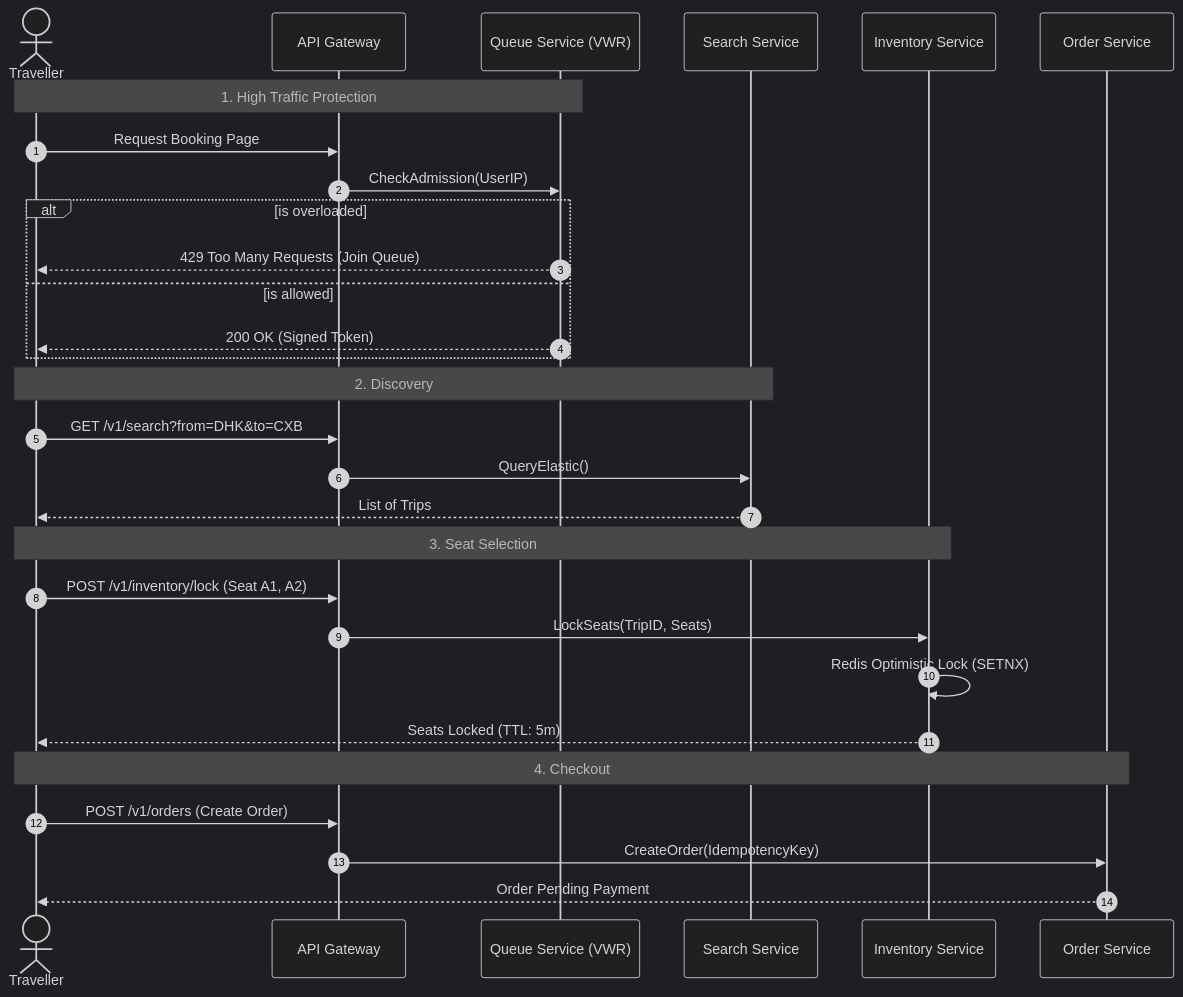
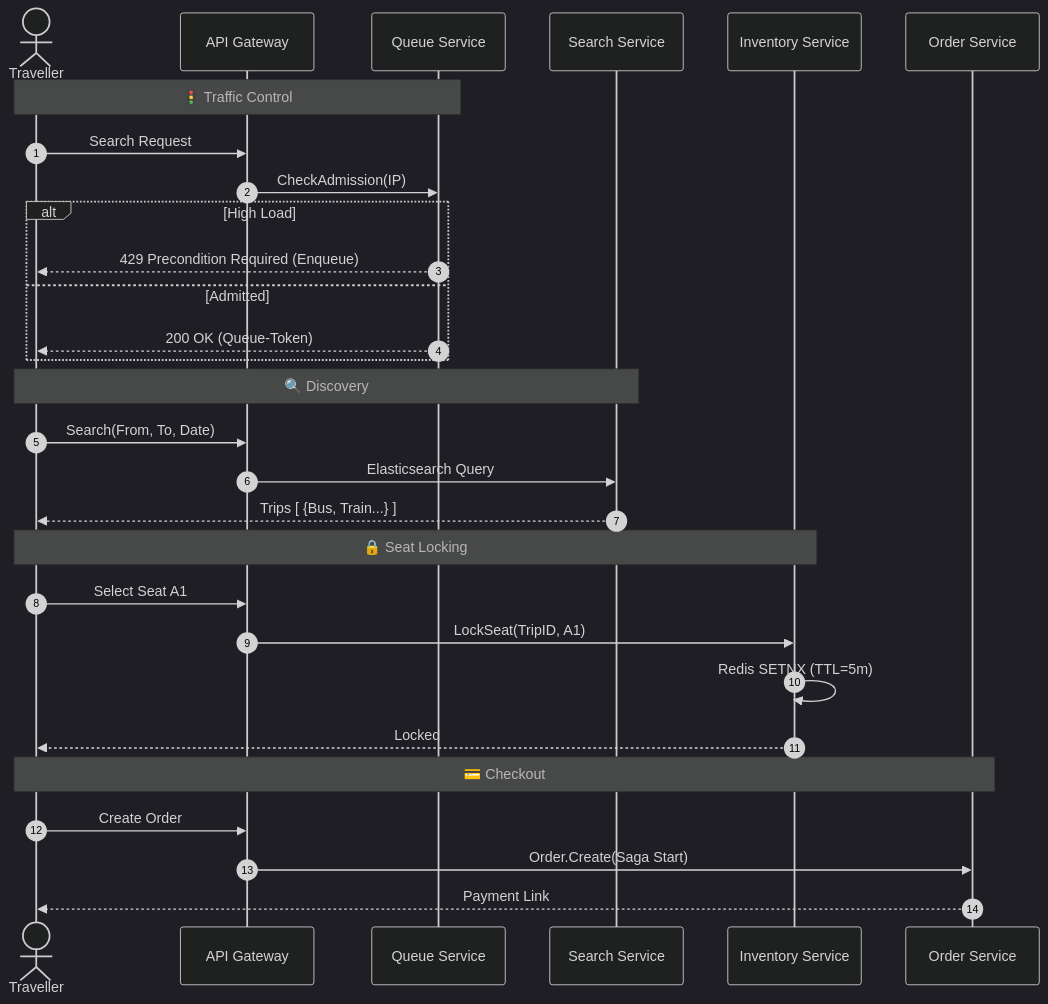
Before and after one commit to MuhibNayem/Travio: the second of 3 diagrams in README.md, drawn with Mermaid (dark theme). The commit also changed other lines of this file, not shown here.

Commit message:
docs: Enhance README with multi-modal platform details, core engineering challenges, and updated architecture.

````diff
--- a/README.md
+++ b/README.md
@@ -91,35 +117,35 @@
 ```mermaid
 sequenceDiagram
     autonumber
     actor User as Traveller
     participant GW as API Gateway
-    participant Q as Queue Service (VWR)
+    participant Q as Queue Service
     participant SRCH as Search Service
     participant INV as Inventory Service
     participant ORD as Order Service
 
-    Note over User, Q: 1. High Traffic Protection
-    User->>GW: Request Booking Page
-    GW->>Q: CheckAdmission(UserIP)
-    alt is overloaded
-        Q-->>User: 429 Too Many Requests (Join Queue)
-    else is allowed
-        Q-->>User: 200 OK (Signed Token)
+    Note over User, Q: 🚦 Traffic Control
+    User->>GW: Search Request
+    GW->>Q: CheckAdmission(IP)
+    alt High Load
+        Q-->>User: 429 Precondition Required (Enqueue)
+    else Admitted
+        Q-->>User: 200 OK (Queue-Token)
     end
 
-    Note over User, SRCH: 2. Discovery
-    User->>GW: GET /v1/search?from=DHK&to=CXB
-    GW->>SRCH: QueryElastic()
-    SRCH-->>User: List of Trips
+    Note over User, SRCH: 🔍 Discovery
+    User->>GW: Search(From, To, Date)
+    GW->>SRCH: Elasticsearch Query
+    SRCH-->>User: Trips [ {Bus, Train...} ]
 
-    Note over User, INV: 3. Seat Selection
-    User->>GW: POST /v1/inventory/lock (Seat A1, A2)
-    GW->>INV: LockSeats(TripID, Seats)
-    INV->>INV: Redis Optimistic Lock (SETNX)
-    INV-->>User: Seats Locked (TTL: 5m)
+    Note over User, INV: 🔒 Seat Locking
+    User->>GW: Select Seat A1
+    GW->>INV: LockSeat(TripID, A1)
+    INV->>INV: Redis SETNX (TTL=5m)
+    INV-->>User: Locked
 
-    Note over User, ORD: 4. Checkout
-    User->>GW: POST /v1/orders (Create Order)
-    GW->>ORD: CreateOrder(IdempotencyKey)
-    ORD-->>User: Order Pending Payment
+    Note over User, ORD: 💳 Checkout
+    User->>GW: Create Order
+    GW->>ORD: Order.Create(Saga Start)
+    ORD-->>User: Payment Link
 ```
````
